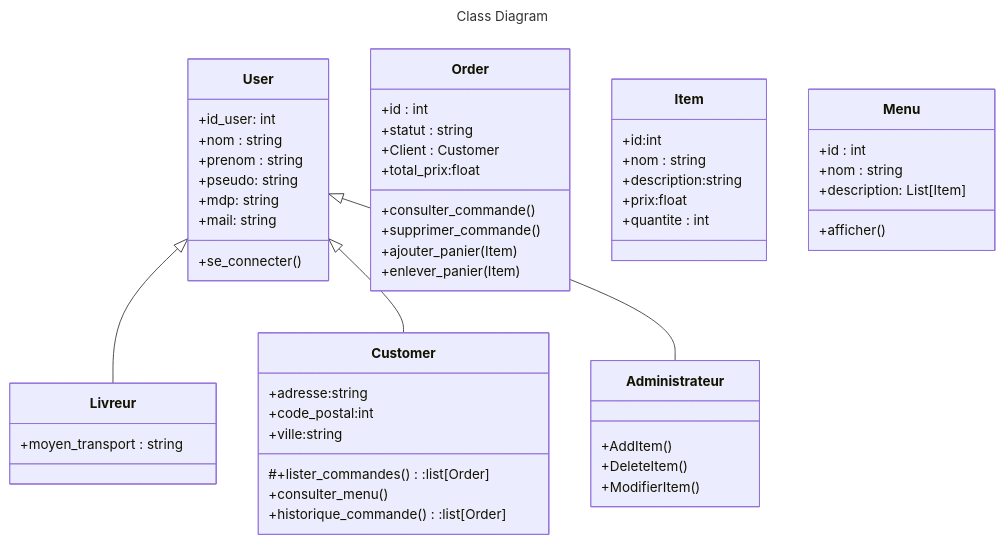
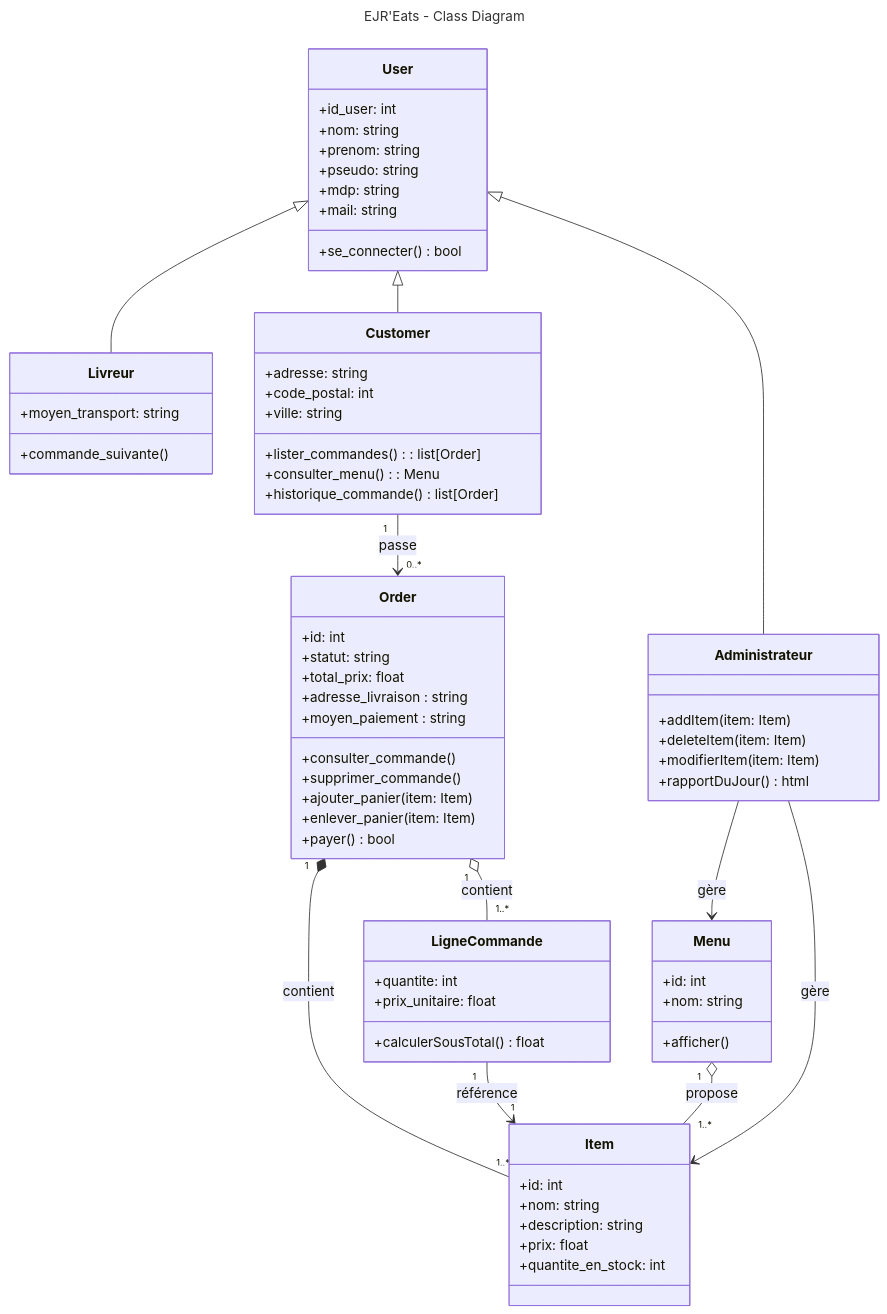
One commit to anaisdrnc/Projet_Info_2A changed the diagram in class_diagram.md. Above: the diagram before and after it, drawn with Mermaid.

Commit message:
modif juliette

````diff
--- a/class_diagram.md
+++ b/class_diagram.md
@@ -1,65 +1,85 @@
 ```mermaid
 ---
-title: Class Diagram
+title: EJR'Eats - Class Diagram
 ---
 
 classDiagram
     class User {
         +id_user: int
-        +nom : string
-        +prenom : string
+        +nom: string
+        +prenom: string
         +pseudo: string
         +mdp: string
         +mail: string
-        +se_connecter()
+        +se_connecter() bool
     }
     
     class Customer {
-        +adresse:string
-        +code_postal:int
-        +ville:string 
-        #+lister_commandes():list[Order]
-        +consulter_menu()
-        +historique_commande():list[Order]
+        +adresse: string
+        +code_postal: int
+        +ville: string 
+        +lister_commandes(): list[Order]
+        +consulter_menu(): Menu
+        +historique_commande() list[Order]
     }
     
     class Livreur {
-        +moyen_transport : string
+        +moyen_transport: string
+        +commande_suivante()
     }
 
     class Administrateur {
-        +AddItem()
-        +DeleteItem()
-        +ModifierItem()
+        +addItem(item: Item)
+        +deleteItem(item: Item)
+        +modifierItem(item: Item)
+        +rapportDuJour() html
     }
     
     class Order {
-        +id : int
-        +statut : string
-        +Client : Customer
-        +total_prix:float 
+        +id: int
+        +statut: string
+        +total_prix: float 
+        +adresse_livraison : string
+        +moyen_paiement : string
         +consulter_commande()
         +supprimer_commande()
-        +ajouter_panier(Item)
-        +enlever_panier(Item)
+        +ajouter_panier(item: Item)
+        +enlever_panier(item: Item)
+        +payer() bool
+        
     }
 
     class Item {
-        +id:int
-        +nom : string
-        +description:string
-        +prix:float
-        +quantite : int
+        +id: int
+        +nom: string
+        +description: string
+        +prix: float
+        +quantite_en_stock: int
     }
 
-    class Menu{
-      +id : int
-      +nom : string
-      +description: List[Item]
-      +afficher()
+    class Menu {
+        +id: int
+        +nom: string
+        +afficher()
     }
 
+    class LigneCommande {
+        +quantite: int
+        +prix_unitaire: float
+        +calculerSousTotal() float
+    }
+
+    %% Héritages
     User <|-- Livreur
     User <|-- Customer
     User <|-- Administrateur
+
+    %% Relations
+    Customer "1" --> "0..*" Order : passe
+    Order "1" *-- "1..*" Item : contient
+    Menu "1" o-- "1..*" Item : propose
+    Order "1" o-- "1..*" LigneCommande : contient
+    LigneCommande "1" --> "1" Item : référence
+    Administrateur --> Menu : gère
+    Administrateur --> Item : gère
 ```
````
